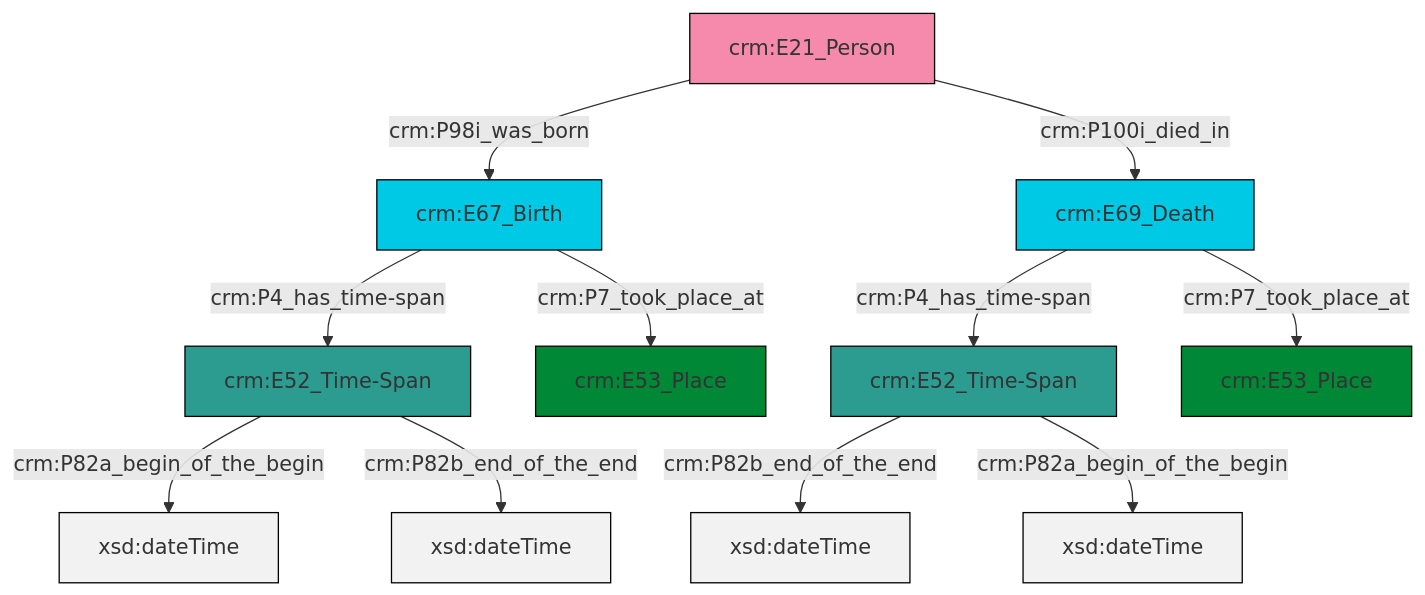
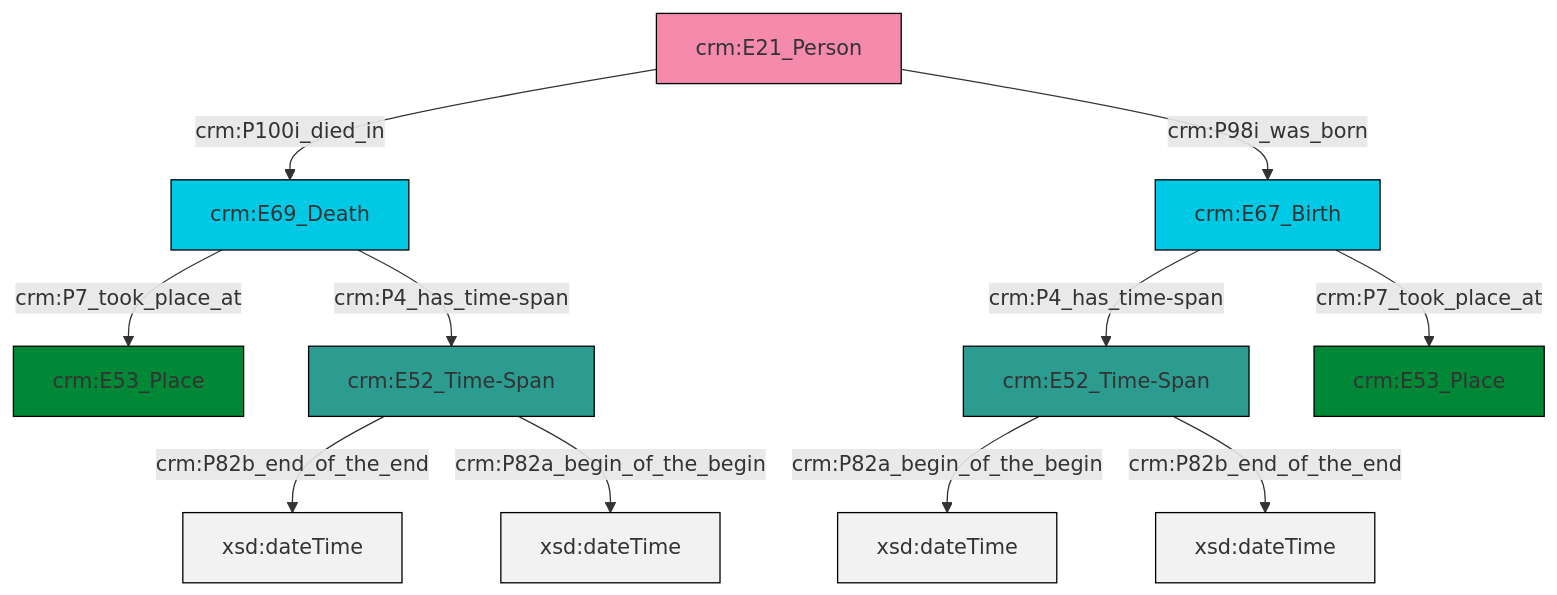
One commit to swiss-art-research-net/reference-data-models changed the diagram in et/personCSV/ttl/mmd/Person_Existence.ttl.mmd. Above: the diagram before and after it, drawn with Mermaid. The commit also changed 122 other files, not shown here.

```diff
--- a/et/personCSV/ttl/mmd/Person_Existence.ttl.mmd
+++ b/et/personCSV/ttl/mmd/Person_Existence.ttl.mmd
@@ -1,25 +1,25 @@
 graph TD
 classDef Literal fill:#f2f2f2,stroke:#000000;
 classDef CRM_Entity fill:#FFFFFF,stroke:#000000;
 classDef Temporal_Entity fill:#00C9E6, stroke:#000000;
 classDef Type fill:#E18312, stroke:#000000;
 classDef Time-Span fill:#2C9C91, stroke:#000000;
 classDef Appellation fill:#FFEB7F, stroke:#000000;
 classDef Place fill:#008836, stroke:#000000;
 classDef Persistent_Item fill:#B266B2, stroke:#000000;
 classDef Conceptual_Object fill:#FFD700, stroke:#000000;
 classDef Physical_Thing fill:#D2B48C, stroke:#000000;
 classDef Actor fill:#f58aad, stroke:#000000;
 classDef PC_Classes fill:#4ce600, stroke:#000000;
 classDef Multi fill:#cccccc,stroke:#000000;
 
-0["crm:E69_Death"]:::Temporal_Entity -->|crm:P4_has_time-span| 1["crm:E52_Time-Span"]:::Time-Span
-4["crm:E67_Birth"]:::Temporal_Entity -->|crm:P4_has_time-span| 5["crm:E52_Time-Span"]:::Time-Span
-1["crm:E52_Time-Span"]:::Time-Span -->|crm:P82b_end_of_the_end| 6[xsd:dateTime]:::Literal
-4["crm:E67_Birth"]:::Temporal_Entity -->|crm:P7_took_place_at| 7["crm:E53_Place"]:::Place
-1["crm:E52_Time-Span"]:::Time-Span -->|crm:P82a_begin_of_the_begin| 11[xsd:dateTime]:::Literal
-2["crm:E21_Person"]:::Actor -->|crm:P98i_was_born| 4["crm:E67_Birth"]:::Temporal_Entity
-5["crm:E52_Time-Span"]:::Time-Span -->|crm:P82a_begin_of_the_begin| 13[xsd:dateTime]:::Literal
-0["crm:E69_Death"]:::Temporal_Entity -->|crm:P7_took_place_at| 14["crm:E53_Place"]:::Place
-5["crm:E52_Time-Span"]:::Time-Span -->|crm:P82b_end_of_the_end| 17[xsd:dateTime]:::Literal
-2["crm:E21_Person"]:::Actor -->|crm:P100i_died_in| 0["crm:E69_Death"]:::Temporal_Entity
+2["crm:E67_Birth"]:::Temporal_Entity -->|crm:P4_has_time-span| 0["crm:E52_Time-Span"]:::Time-Span
+0["crm:E52_Time-Span"]:::Time-Span -->|crm:P82a_begin_of_the_begin| 3[xsd:dateTime]:::Literal
+8["crm:E21_Person"]:::Actor -->|crm:P100i_died_in| 6["crm:E69_Death"]:::Temporal_Entity
+8["crm:E21_Person"]:::Actor -->|crm:P98i_was_born| 2["crm:E67_Birth"]:::Temporal_Entity
+0["crm:E52_Time-Span"]:::Time-Span -->|crm:P82b_end_of_the_end| 12[xsd:dateTime]:::Literal
+6["crm:E69_Death"]:::Temporal_Entity -->|crm:P7_took_place_at| 10["crm:E53_Place"]:::Place
+4["crm:E52_Time-Span"]:::Time-Span -->|crm:P82b_end_of_the_end| 15[xsd:dateTime]:::Literal
+6["crm:E69_Death"]:::Temporal_Entity -->|crm:P4_has_time-span| 4["crm:E52_Time-Span"]:::Time-Span
+2["crm:E67_Birth"]:::Temporal_Entity -->|crm:P7_took_place_at| 13["crm:E53_Place"]:::Place
+4["crm:E52_Time-Span"]:::Time-Span -->|crm:P82a_begin_of_the_begin| 16[xsd:dateTime]:::Literal
```
